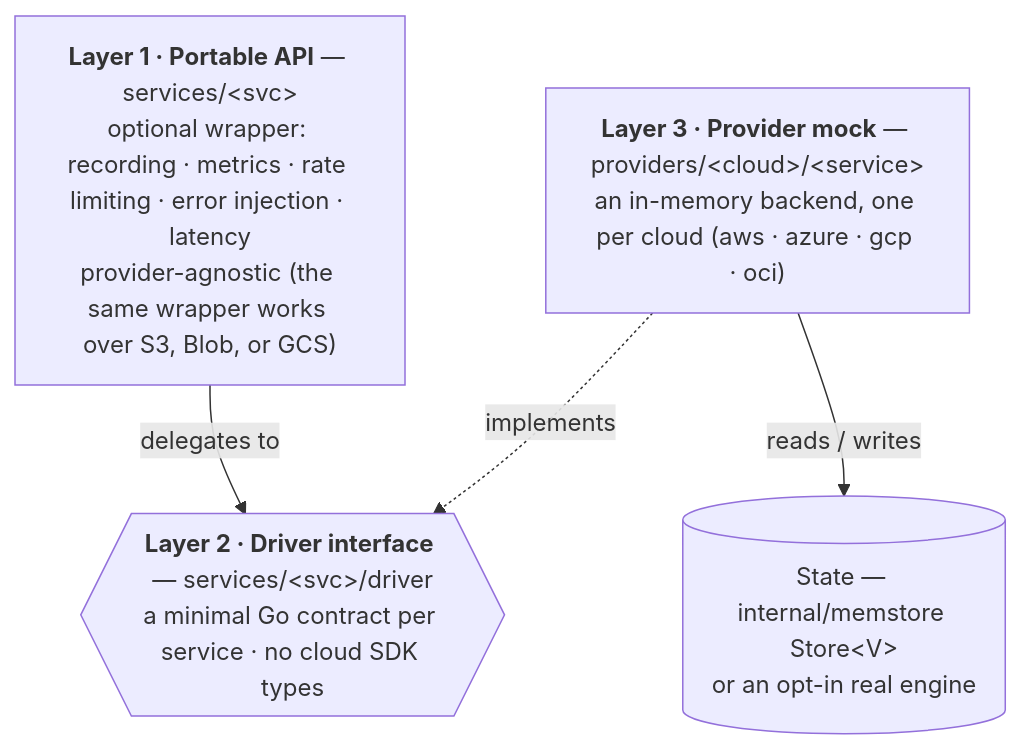
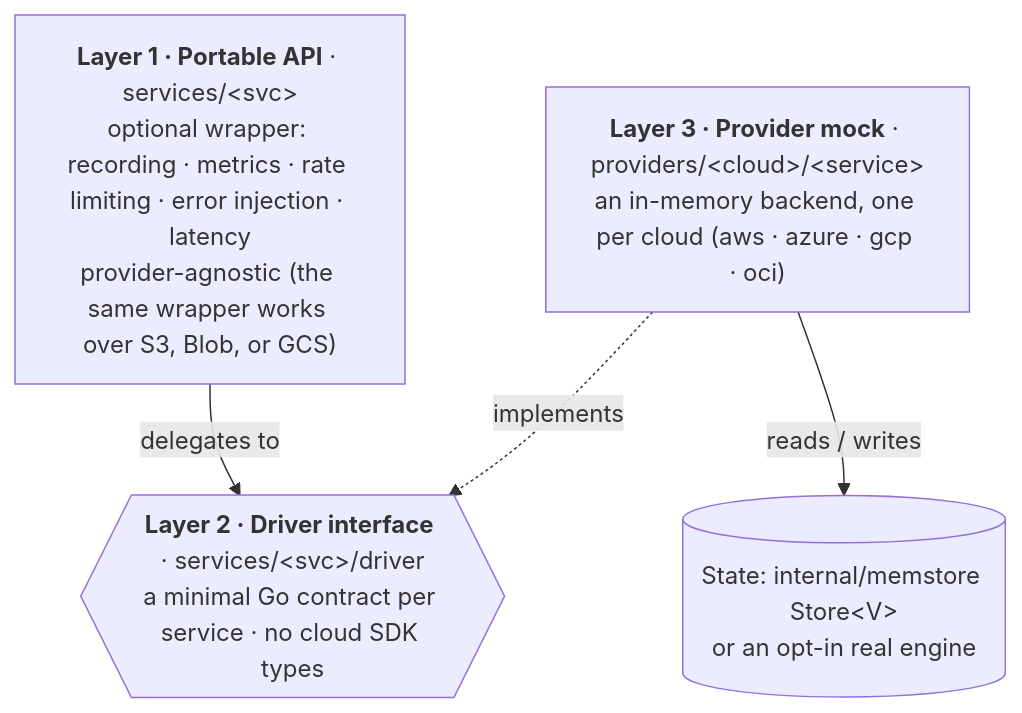
Before and after one commit to stackshy/cloudemu: the first of 3 diagrams in docs/architecture.md, drawn with Mermaid. The commit also changed other lines of this file, not shown here.

Commit message:
docs: plain-language pass on architecture guide

````diff
--- a/docs/architecture.md
+++ b/docs/architecture.md
@@ -11,11 +11,11 @@
 ```mermaid
 flowchart TB
-    L1["<b>Layer 1 · Portable API</b> — services/&lt;svc&gt;<br/>optional wrapper: recording · metrics · rate limiting · error injection · latency<br/>provider-agnostic (the same wrapper works over S3, Blob, or GCS)"]
-    L2{{"<b>Layer 2 · Driver interface</b> — services/&lt;svc&gt;/driver<br/>a minimal Go contract per service · no cloud SDK types"}}
-    L3["<b>Layer 3 · Provider mock</b> — providers/&lt;cloud&gt;/&lt;service&gt;<br/>an in-memory backend, one per cloud (aws · azure · gcp · oci)"]
-    S[("State — internal/memstore Store&lt;V&gt;<br/>or an opt-in real engine")]
+    L1["<b>Layer 1 · Portable API</b> · services/&lt;svc&gt;<br/>optional wrapper: recording · metrics · rate limiting · error injection · latency<br/>provider-agnostic (the same wrapper works over S3, Blob, or GCS)"]
+    L2{{"<b>Layer 2 · Driver interface</b> · services/&lt;svc&gt;/driver<br/>a minimal Go contract per service · no cloud SDK types"}}
+    L3["<b>Layer 3 · Provider mock</b> · providers/&lt;cloud&gt;/&lt;service&gt;<br/>an in-memory backend, one per cloud (aws · azure · gcp · oci)"]
+    S[("State: internal/memstore Store&lt;V&gt;<br/>or an opt-in real engine")]
 
     L1 -->|delegates to| L2
     L3 -. implements .-> L2
     L3 -->|reads / writes| S
 ```
````
